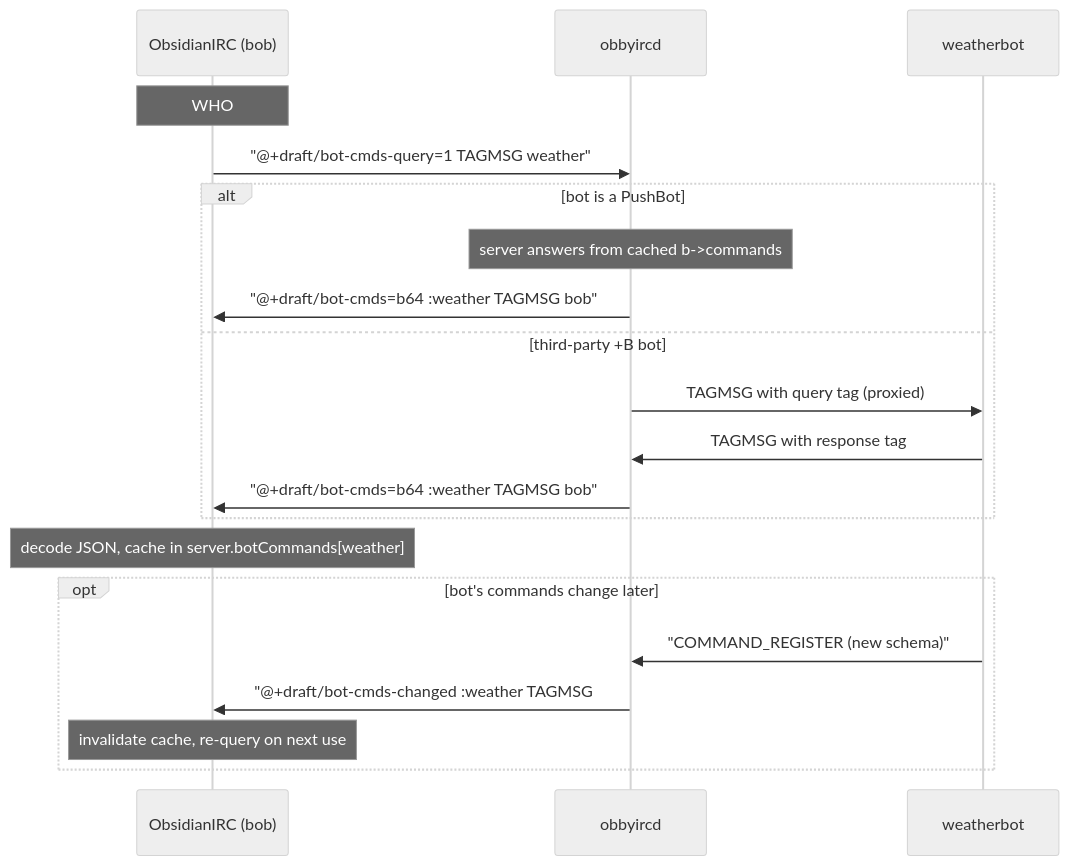
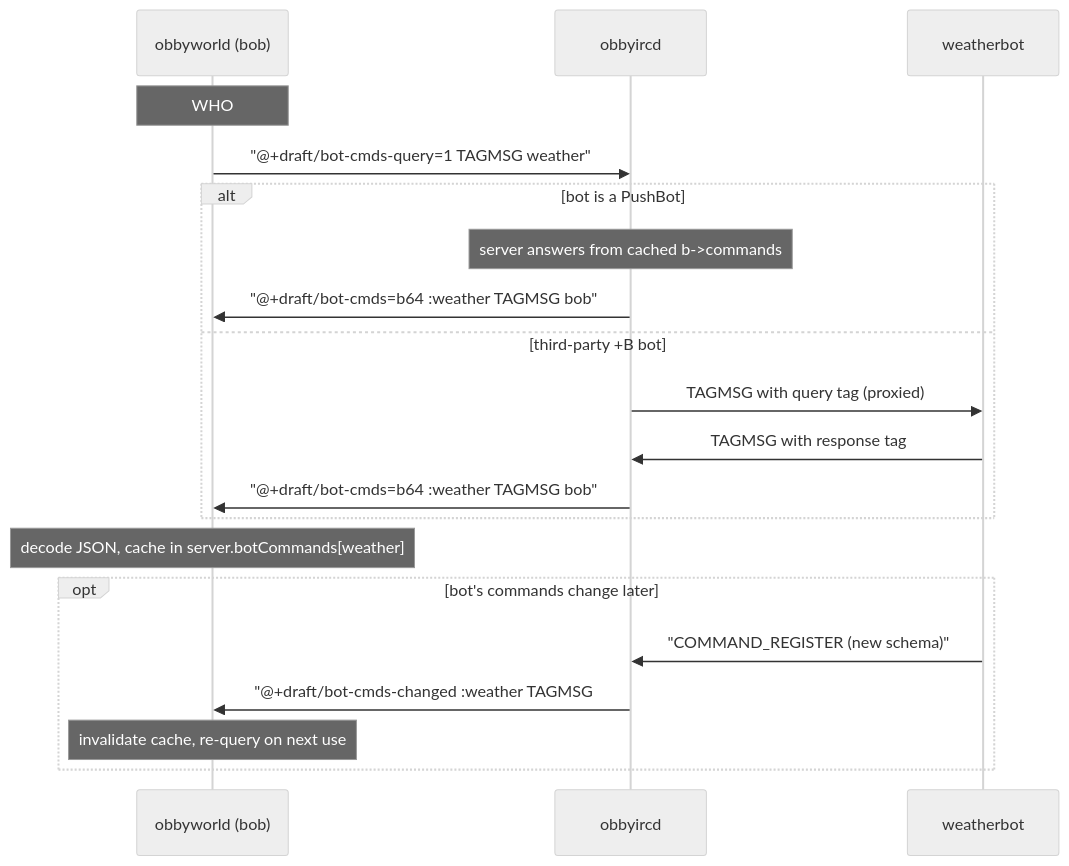
One commit to ObsidianIRC/ObbyIRCd changed the fourth of 5 diagrams in doc/specs/pushbot-architecture.md. Above: the diagram before and after it, drawn with Mermaid (neutral theme). The commit also changed other lines of this file and 13 other files, not shown here.

Commit message:
rebrand: ObsidianIRC -> obbyworld (brand strings)

````diff
--- a/doc/specs/pushbot-architecture.md
+++ b/doc/specs/pushbot-architecture.md
@@ -142,26 +142,26 @@
 ```mermaid
 sequenceDiagram
-    participant C as ObsidianIRC (bob)
+    participant C as obbyworld (bob)
     participant S as obbyircd
     participant B as weatherbot
 
     Note over C: WHO #weather completes, sees +B user "weather"
     C->>S: "@+draft/bot-cmds-query=1 TAGMSG weather"
 
     alt bot is a PushBot
         Note over S: server answers from cached b->commands
         S->>C: "@+draft/bot-cmds=b64 :weather TAGMSG bob"
     else third-party +B bot
         S->>B: TAGMSG with query tag (proxied)
         B->>S: TAGMSG with response tag
         S->>C: "@+draft/bot-cmds=b64 :weather TAGMSG bob"
     end
 
     Note over C: decode JSON, cache in server.botCommands[weather]
 
     opt bot's commands change later
         B->>S: "COMMAND_REGISTER (new schema)"
         S->>C: "@+draft/bot-cmds-changed :weather TAGMSG #weather"
         Note over C: invalidate cache, re-query on next use
     end
 ```
````
